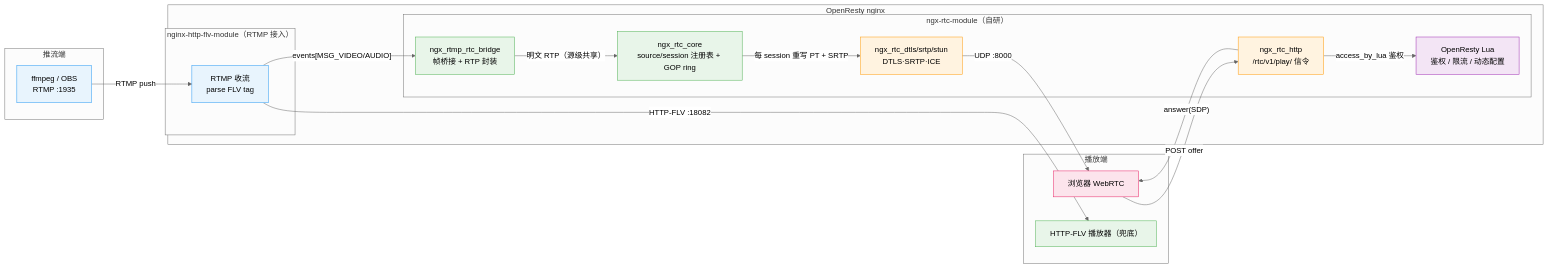
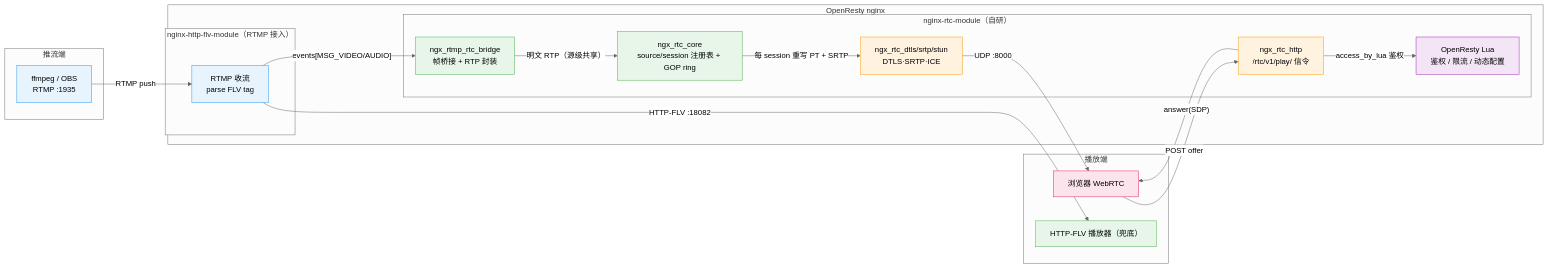
The first of 7 diagrams in docs/详细设计.md (DeguiLiu/nginx-rtc-example), drawn with Mermaid (neutral theme) before and after one commit. The commit also changed other lines of this file and 2 other files, not shown here.

````diff
--- a/docs/详细设计.md
+++ b/docs/详细设计.md
@@ -19,44 +19,44 @@
 ```mermaid
 flowchart LR
     subgraph PUSH["推流端"]
         A["ffmpeg / OBS<br/>RTMP :1935"]
     end
 
     subgraph NGX["OpenResty nginx"]
         subgraph RTMPM["nginx-http-flv-module（RTMP 接入）"]
             B["RTMP 收流<br/>parse FLV tag"]
         end
-        subgraph RTC["ngx-rtc-module（自研）"]
+        subgraph RTC["nginx-rtc-module（自研）"]
             C["ngx_rtmp_rtc_bridge<br/>帧桥接 + RTP 封装"]
             D["ngx_rtc_core<br/>source/session 注册表 + GOP ring"]
             E["ngx_rtc_dtls/srtp/stun<br/>DTLS·SRTP·ICE"]
             F["ngx_rtc_http<br/>/rtc/v1/play/ 信令"]
             LUA["OpenResty Lua<br/>鉴权 / 限流 / 动态配置"]
         end
     end
 
     subgraph PLAY["播放端"]
         G["浏览器 WebRTC"]
         HF["HTTP-FLV 播放器（兜底）"]
     end
 
     A -->|"RTMP push"| B
     B -->|"events[MSG_VIDEO/AUDIO]"| C
     C -->|"明文 RTP（源级共享）"| D
     D -->|"每 session 重写 PT + SRTP"| E
     E -->|"UDP :8000"| G
     G -->|"POST offer"| F
     F -->|"access_by_lua 鉴权"| LUA
     F -->|"answer(SDP)"| G
     B -->|"HTTP-FLV :18082"| HF
 
     style A fill:#e8f4fd,stroke:#2196f3
     style B fill:#e8f4fd,stroke:#2196f3
     style C fill:#e8f5e9,stroke:#4caf50
     style D fill:#e8f5e9,stroke:#4caf50
     style E fill:#fff3e0,stroke:#ff9800
     style F fill:#fff3e0,stroke:#ff9800
     style LUA fill:#f3e5f5,stroke:#9c27b0
     style G fill:#fce4ec,stroke:#e91e63
     style HF fill:#e8f5e9,stroke:#4caf50
 ```
````
